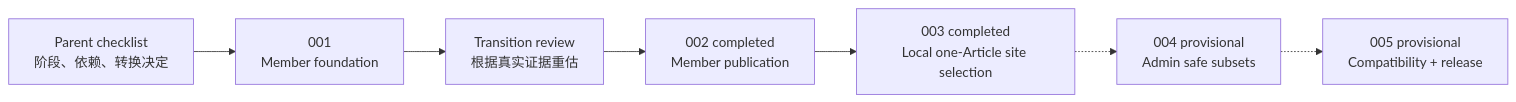
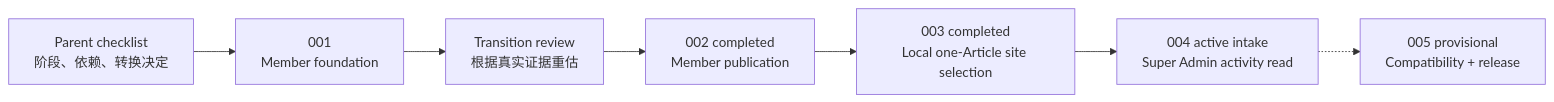
The diagram in docs/roadmap/agent-workspace-program.md (lonelyreader/chinaknowledge), drawn with Mermaid before and after one commit. The commit also changed other lines of this file and 5 other files, not shown here.

Commit message:
docs(agent): start super admin activity read

````diff
--- a/docs/roadmap/agent-workspace-program.md
+++ b/docs/roadmap/agent-workspace-program.md
@@ -21,9 +21,9 @@
 ```mermaid
 flowchart LR
     P["Parent checklist<br/>阶段、依赖、转换决定"] --> A1["001<br/>Member foundation"]
     A1 --> R["Transition review<br/>根据真实证据重估"]
     R --> A2["002 completed<br/>Member publication"]
     A2 --> A3["003 completed<br/>Local one-Article site selection"]
-    A3 -.-> A4["004 provisional<br/>Admin safe subsets"]
+    A3 --> A4["004 active intake<br/>Super Admin activity read"]
     A4 -.-> A5["005 provisional<br/>Compatibility + release"]
 ```
````
